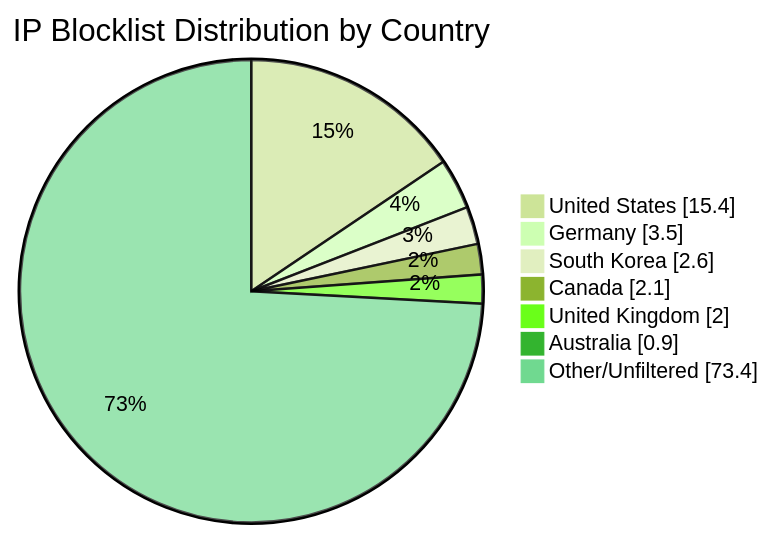
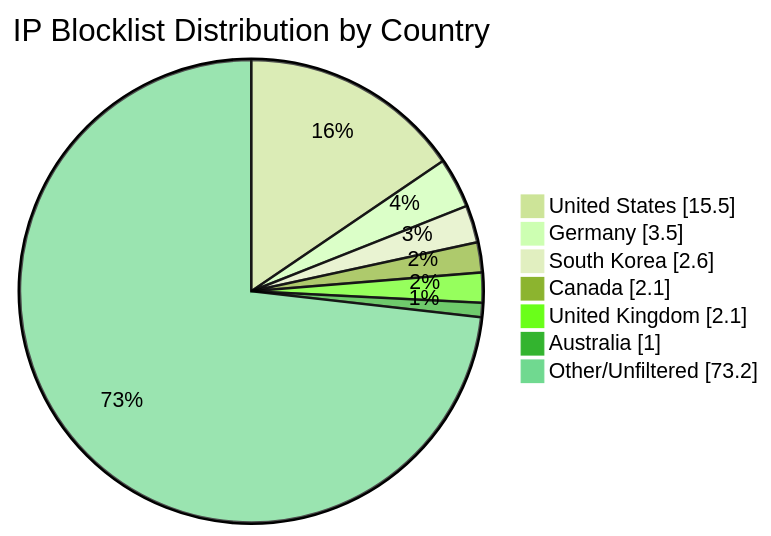
The diagram in README.md (MarcusHoltz/ipblocklist-geofiltered-aggregator), drawn with Mermaid (forest theme) before and after one commit. The commit also changed other lines of this file and 9 other files, not shown here.

````diff
--- a/README.md
+++ b/README.md
@@ -34,10 +34,10 @@
 ```mermaid
 pie showData title IP Blocklist Distribution by Country
-"United States" : 15.4
+"United States" : 15.5
 "Germany" : 3.5
 "South Korea" : 2.6
 "Canada" : 2.1
-"United Kingdom" : 2.0
-"Australia" : 0.9
-"Other/Unfiltered" : 73.4
+"United Kingdom" : 2.1
+"Australia" : 1.0
+"Other/Unfiltered" : 73.2
 ```
````
